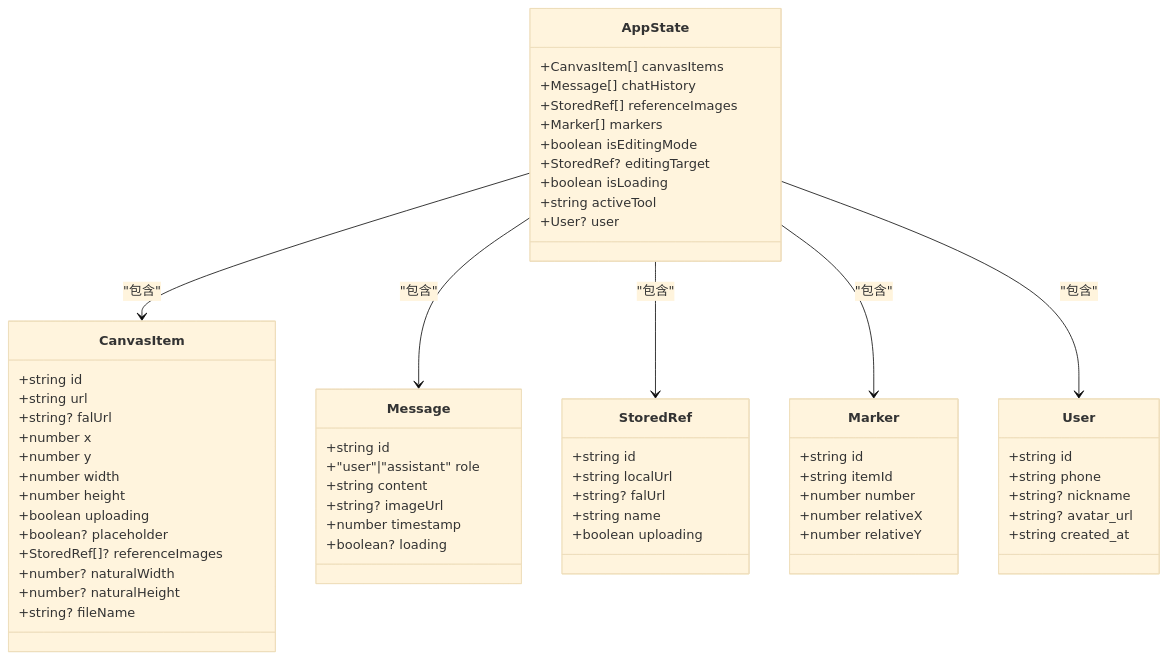
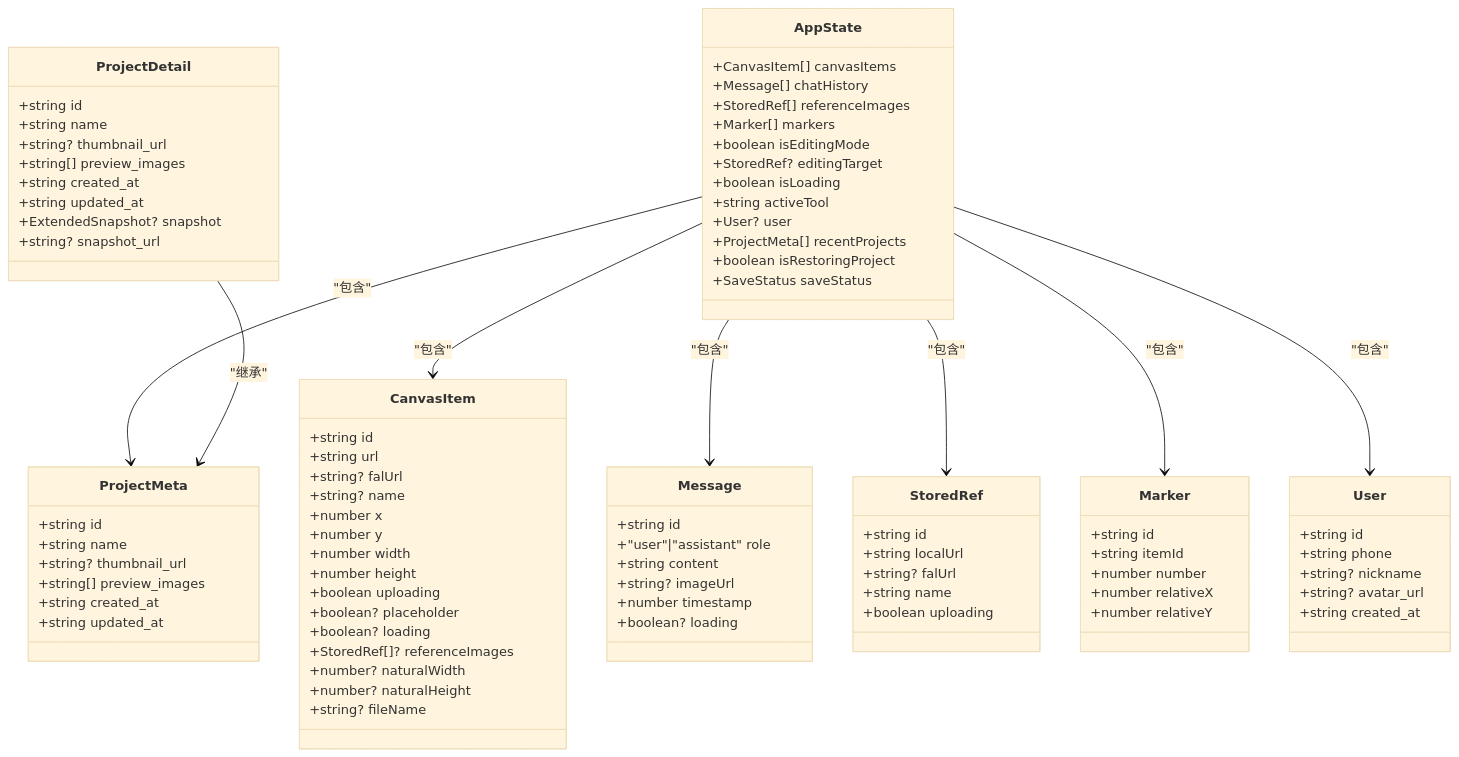
One commit to billye220670/BananaFlow2 changed the seventh of 12 diagrams in .qoder/repowiki/zh/content/数据模型.md. Above: the diagram before and after it, drawn with Mermaid (base theme). The commit also changed other lines of this file and 17 other files, not shown here.

First line of the commit message:
refactor: shimmer单元素架构重构，统一图片URL为Supabase单一来源

````diff
--- a/.qoder/repowiki/zh/content/数据模型.md
+++ b/.qoder/repowiki/zh/content/数据模型.md
@@ -607,12 +687,14 @@
 +string id
 +string url
 +string? falUrl
++string? name
 +number x
 +number y
 +number width
 +number height
 +boolean uploading
 +boolean? placeholder
++boolean? loading
 +StoredRef[]? referenceImages
 +number? naturalWidth
 +number? naturalHeight
@@ -647,6 +729,24 @@
 +string? avatar_url
 +string created_at
 }
+class ProjectMeta {
++string id
++string name
++string? thumbnail_url
++string[] preview_images
++string created_at
++string updated_at
+}
+class ProjectDetail {
++string id
++string name
++string? thumbnail_url
++string[] preview_images
++string created_at
++string updated_at
++ExtendedSnapshot? snapshot
++string? snapshot_url
+}
 class AppState {
 +CanvasItem[] canvasItems
 +Message[] chatHistory
@@ -657,10 +757,15 @@
 +boolean isLoading
 +string activeTool
 +User? user
++ProjectMeta[] recentProjects
++boolean isRestoringProject
++SaveStatus saveStatus
 }
 AppState --> CanvasItem : "包含"
 AppState --> Message : "包含"
 AppState --> StoredRef : "包含"
 AppState --> Marker : "包含"
 AppState --> User : "包含"
+AppState --> ProjectMeta : "包含"
+ProjectDetail --> ProjectMeta : "继承"
 ```
````
